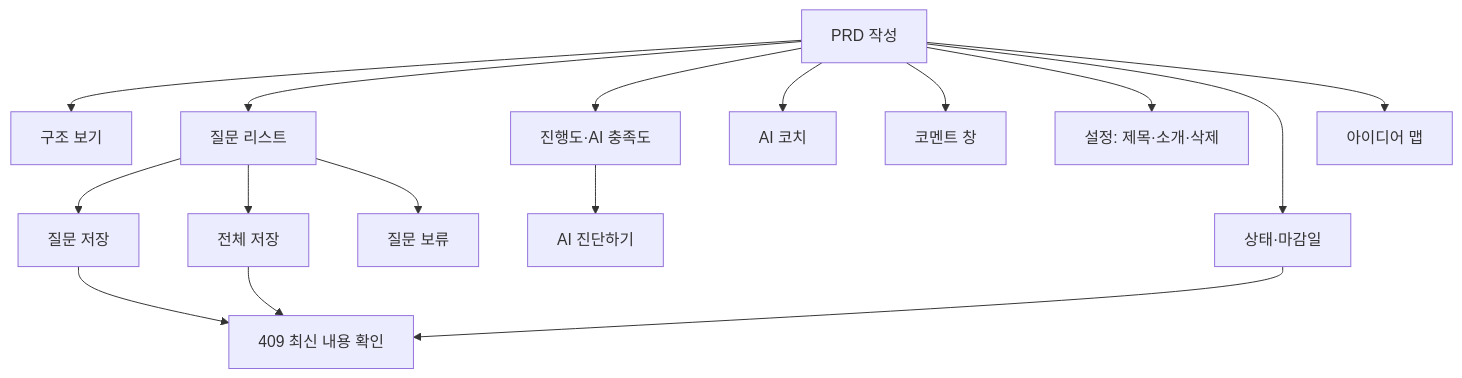
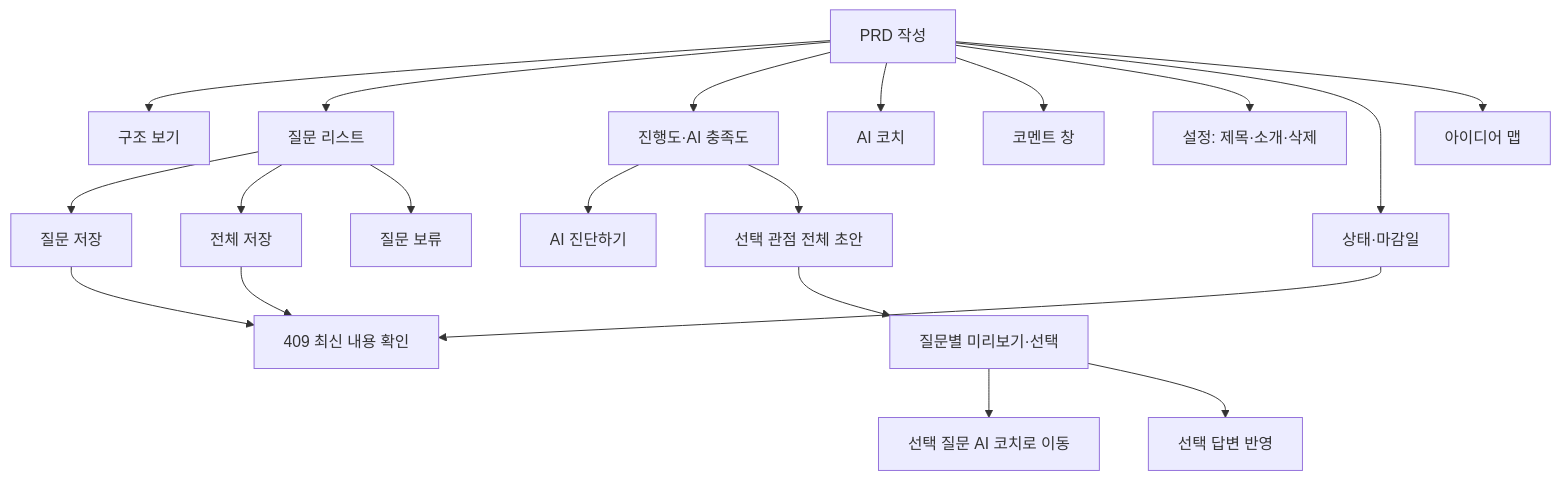
Before and after one commit to KANT-2/idea-developer: the fourth of 5 diagrams in docs/report/SCREEN_FLOW.md, drawn with Mermaid. The commit also changed other lines of this file and 27 other files, not shown here.

````diff
--- a/docs/report/SCREEN_FLOW.md
+++ b/docs/report/SCREEN_FLOW.md
@@ -98,33 +98,41 @@
 ```mermaid
 flowchart TD
     Detail[PRD 작성]
     Structure[구조 보기]
     Questions[질문 리스트]
     Progress[진행도·AI 충족도]
     Coach[AI 코치]
     Comments[코멘트 창]
     Settings[설정: 제목·소개·삭제]
     Metadata[상태·마감일]
     SaveOne[질문 저장]
     SaveAll[전체 저장]
     Hold[질문 보류]
     Diagnose[AI 진단하기]
+    PerspectiveDraft[선택 관점 전체 초안]
+    DraftPreview[질문별 미리보기·선택]
+    DraftCoach[선택 질문 AI 코치로 이동]
+    DraftApply[선택 답변 반영]
     Brain[아이디어 맵]
     Conflict[409 최신 내용 확인]
 
     Detail --> Structure
     Detail --> Questions
     Detail --> Progress
     Detail --> Coach
     Detail --> Comments
     Detail --> Settings
     Detail --> Metadata
     Questions --> SaveOne
     Questions --> SaveAll
     Questions --> Hold
     Progress --> Diagnose
+    Progress --> PerspectiveDraft
+    PerspectiveDraft --> DraftPreview
+    DraftPreview --> DraftCoach
+    DraftPreview --> DraftApply
     Detail --> Brain
     SaveOne --> Conflict
     SaveAll --> Conflict
     Metadata --> Conflict
 ```
````
